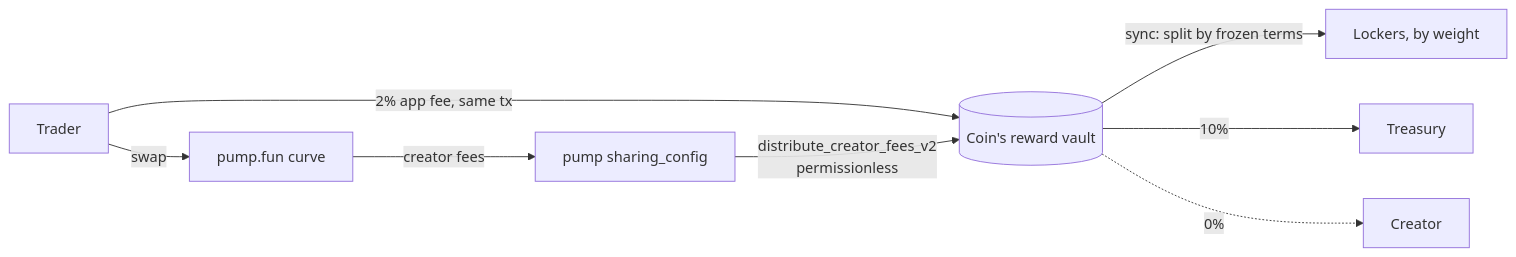
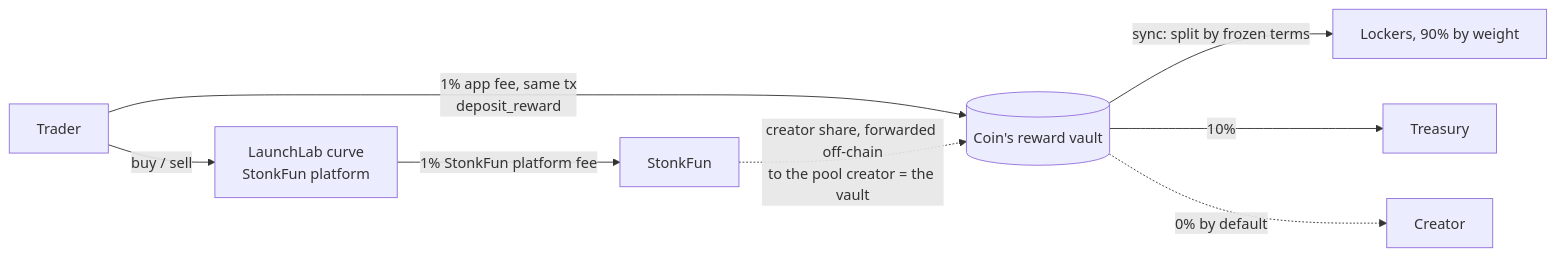
Before and after one commit to realdoomsman/imagine: the diagram in README.md, drawn with Mermaid. The commit also changed other lines of this file and 251 other files, not shown here.

Commit message:
Rebrand to IMAGINE on StonkFun: LaunchLab program, quote-asset rewards, SDK, API, web, video, docs

````diff
--- a/README.md
+++ b/README.md
@@ -15,10 +19,10 @@
 ```mermaid
 flowchart LR
-  T[Trader] -->|swap| P[pump.fun curve]
-  T -->|2% app fee, same tx| V[(Coin's reward vault)]
-  P -->|creator fees| S[pump sharing_config]
-  S -->|distribute_creator_fees_v2<br/>permissionless| V
-  V -->|sync: split by frozen terms| L[Lockers, by weight]
+  T[Trader] -->|buy / sell| L[LaunchLab curve<br/>StonkFun platform]
+  T -->|1% app fee, same tx<br/>deposit_reward| V[(Coin's reward vault)]
+  L -->|1% StonkFun platform fee| S[StonkFun]
+  S -.->|creator share, forwarded off-chain<br/>to the pool creator = the vault| V
+  V -->|sync: split by frozen terms| K[Lockers, 90% by weight]
   V -->|10%| Y[Treasury]
-  V -.->|0%| C[Creator]
+  V -.->|0% by default| C[Creator]
 ```
````
